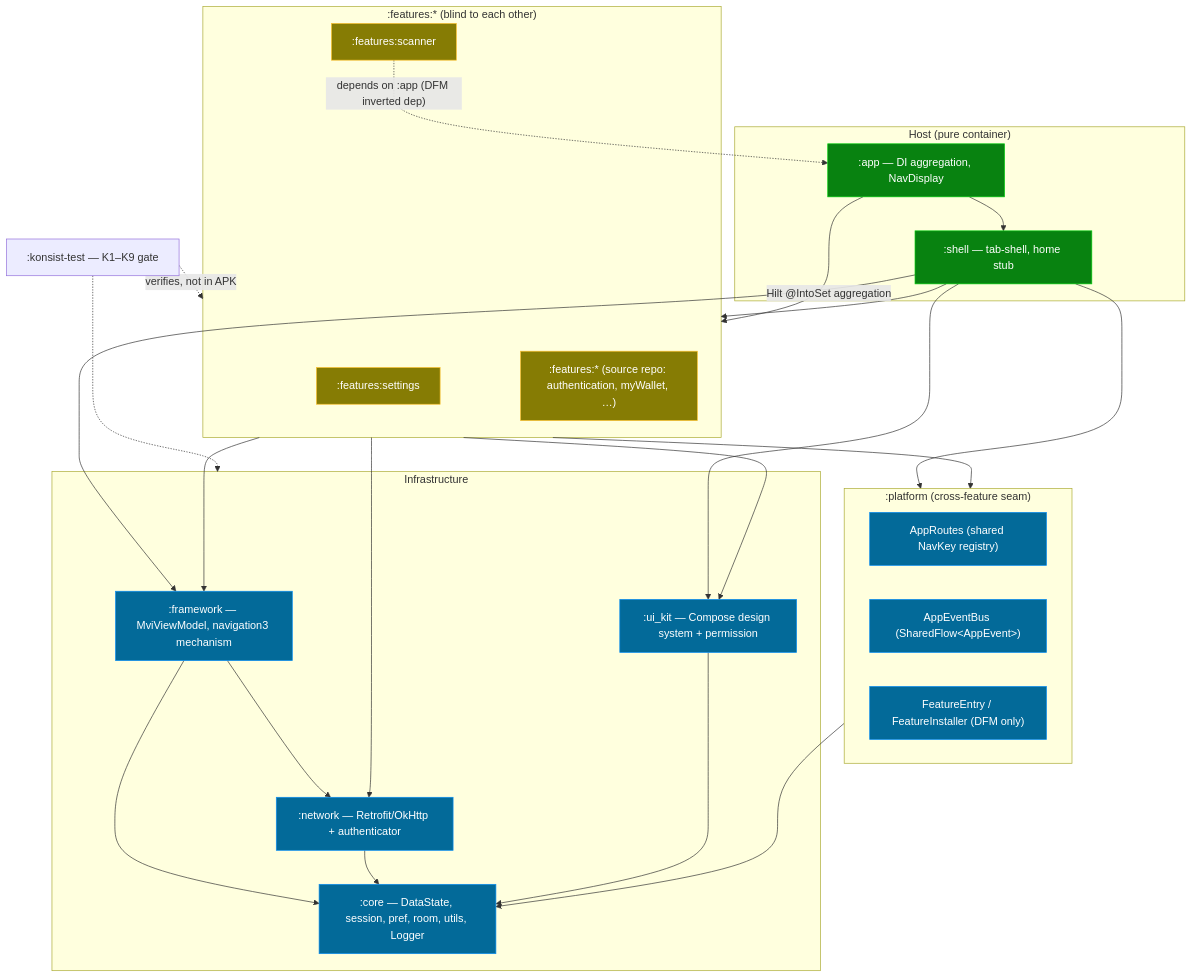
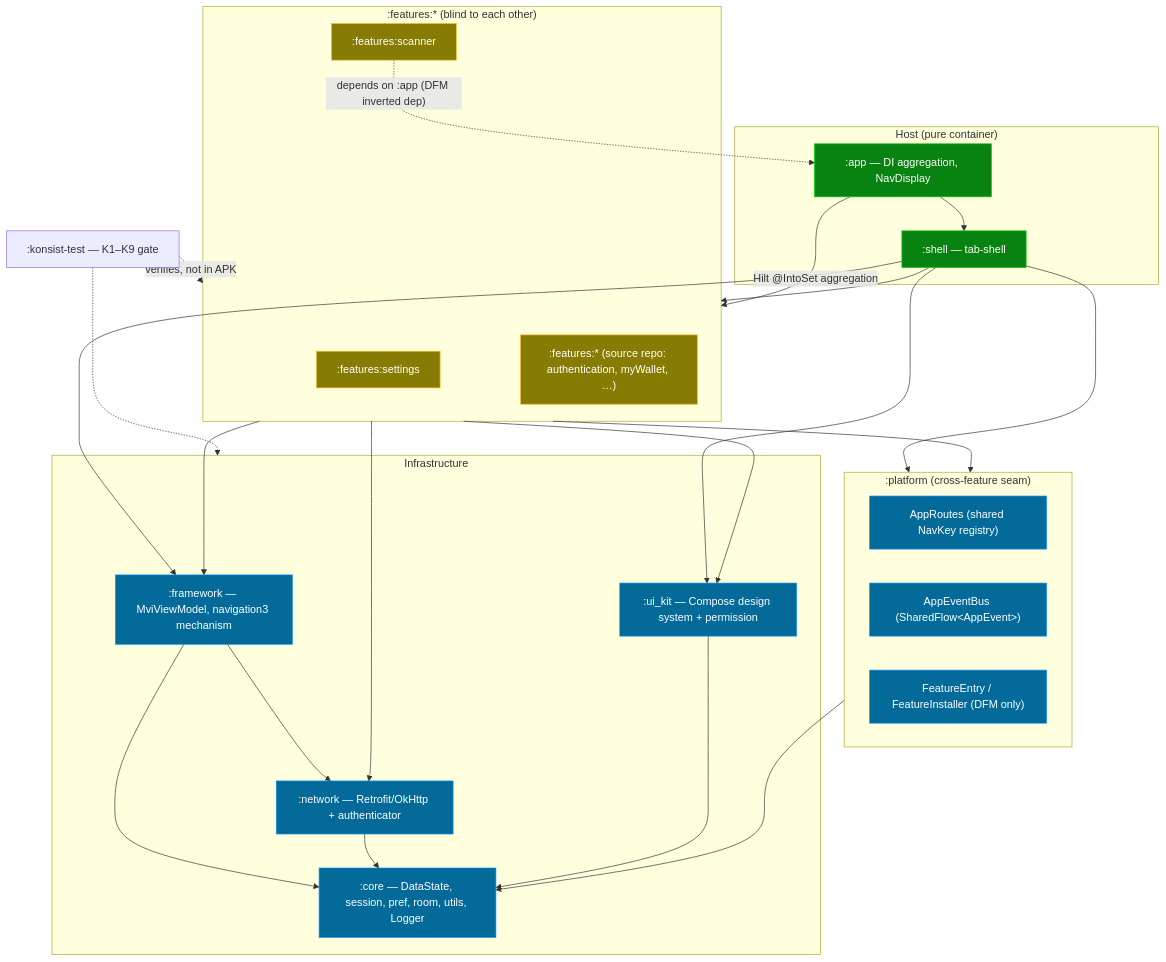
One commit to DanhDue/android_digital_wallet changed the second of 2 diagrams in docs/architecture/ARCHITECTURE.md. Above: the diagram before and after it, drawn with Mermaid. The commit also changed other lines of this file and 49 other files, not shown here.

First line of the commit message:
[ANDROID_SUPER_APP_TEMPLATE] Extract :shell module + dissolve features/home

````diff
--- a/docs/architecture/ARCHITECTURE.md
+++ b/docs/architecture/ARCHITECTURE.md
@@ -281,56 +281,56 @@
 ```mermaid
 graph TD
     subgraph Host["Host (pure container)"]
         APP[":app — DI aggregation, NavDisplay"]
-        SHELL[":shell — tab-shell, home stub"]
+        SHELL[":shell — tab-shell"]
     end
 
     subgraph Platform[":platform (cross-feature seam)"]
         ROUTES["AppRoutes (shared NavKey registry)"]
         BUS["AppEventBus (SharedFlow&lt;AppEvent&gt;)"]
         FE["FeatureEntry / FeatureInstaller (DFM only)"]
     end
 
     subgraph Features[":features:* (blind to each other)"]
         F_SET[":features:settings"]
         F_SCAN[":features:scanner"]
         F_BIZ[":features:* (source repo: authentication, myWallet, …)"]
     end
 
     subgraph Infra["Infrastructure"]
         FRAMEWORK[":framework — MviViewModel, navigation3 mechanism"]
         NETWORK[":network — Retrofit/OkHttp + authenticator"]
         UIKIT[":ui_kit — Compose design system + permission"]
         CORE[":core — DataState, session, pref, room, utils, Logger"]
     end
 
     APP --> SHELL
     APP -->|Hilt @IntoSet aggregation| Features
     SHELL --> Features
     SHELL --> Platform
     SHELL --> FRAMEWORK
     SHELL --> UIKIT
 
     Features --> Platform
     Features --> FRAMEWORK
     Features --> NETWORK
     Features --> UIKIT
 
     F_SCAN -.->|"depends on :app (DFM inverted dep)"| APP
 
     Platform --> CORE
     FRAMEWORK --> CORE
     FRAMEWORK --> NETWORK
     NETWORK --> CORE
     UIKIT --> CORE
 
     KONSIST[":konsist-test — K1–K9 gate"] -.->|verifies, not in APK| Features
     KONSIST -.-> Infra
 
     classDef host fill:#088210,stroke:#02CC0C,color:#fff
     classDef infra fill:#036A99,stroke:#088DF3,color:#fff
     classDef feat fill:#867C04,stroke:#fbc02d,color:#fff
     class APP,SHELL host
     class CORE,FRAMEWORK,NETWORK,UIKIT,ROUTES,BUS,FE infra
     class F_SET,F_SCAN,F_BIZ feat
 ```
````
